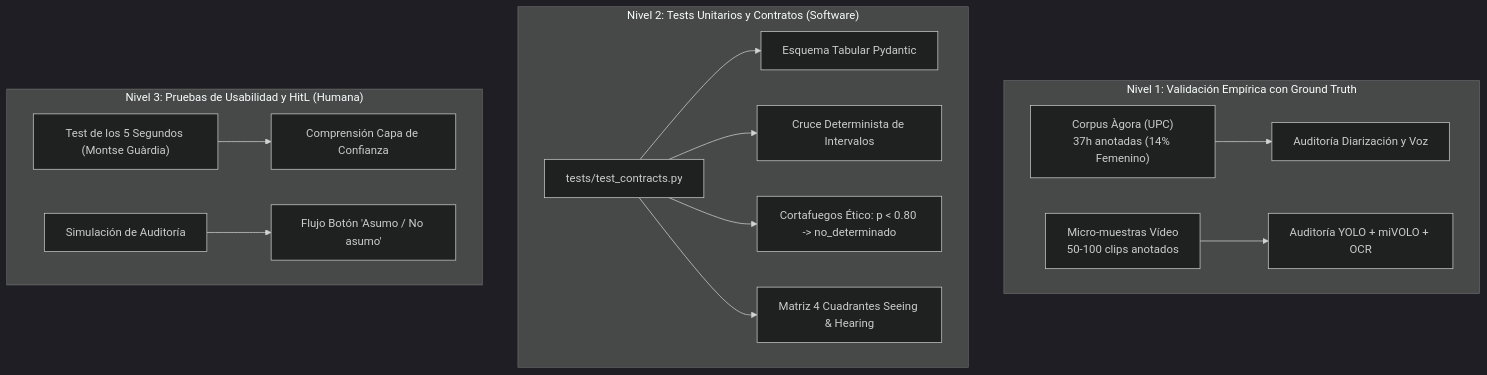
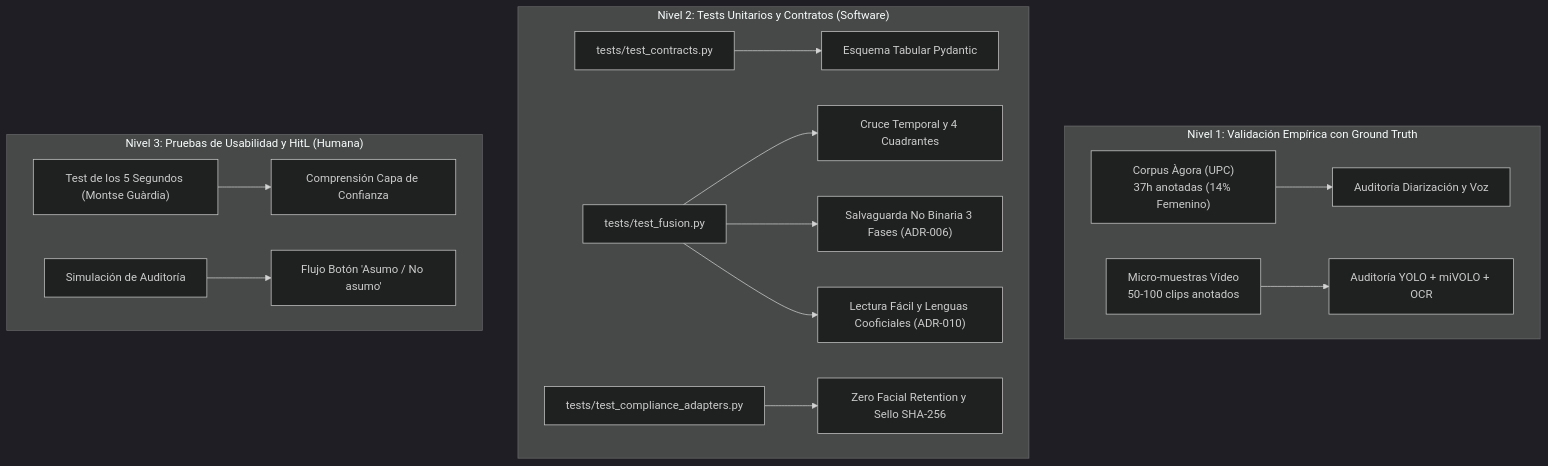
Before and after one commit to ComunidadIA-OS/attention-is-all-she-needs: the diagram in TESTING.md, drawn with Mermaid (dark theme). The commit also changed other lines of this file and 1 other file, not shown here.

Commit message:
ci(test): add GitHub Actions workflow and update TESTING.md with full suite matrix (#4, #18)

````diff
--- a/TESTING.md
+++ b/TESTING.md
@@ -15,19 +18,20 @@
 ```mermaid
 flowchart TD
     subgraph NIVEL_1["Nivel 1: Validación Empírica con Ground Truth"]
         A1["Corpus Àgora (UPC)<br>37h anotadas (14% Femenino)"] --> A2["Auditoría Diarización y Voz"]
         A3["Micro-muestras Vídeo<br>50-100 clips anotados"] --> A4["Auditoría YOLO + miVOLO + OCR"]
     end
 
     subgraph NIVEL_2["Nivel 2: Tests Unitarios y Contratos (Software)"]
         B1["tests/test_contracts.py"] --> B2["Esquema Tabular Pydantic"]
-        B1 --> B3["Cruce Determinista de Intervalos"]
-        B1 --> B4["Cortafuegos Ético: p < 0.80 -> no_determinado"]
-        B1 --> B5["Matriz 4 Cuadrantes Seeing & Hearing"]
+        B3["tests/test_fusion.py"] --> B4["Cruce Temporal y 4 Cuadrantes"]
+        B3 --> B5["Salvaguarda No Binaria 3 Fases (ADR-006)"]
+        B3 --> B6["Lectura Fácil y Lenguas Cooficiales (ADR-010)"]
+        B7["tests/test_compliance_adapters.py"] --> B8["Zero Facial Retention y Sello SHA-256"]
     end
 
     subgraph NIVEL_3["Nivel 3: Pruebas de Usabilidad y HitL (Humana)"]
         C1["Test de los 5 Segundos (Montse Guàrdia)"] --> C2["Comprensión Capa de Confianza"]
         C3["Simulación de Auditoría"] --> C4["Flujo Botón 'Asumo / No asumo'"]
     end
 ```
````
